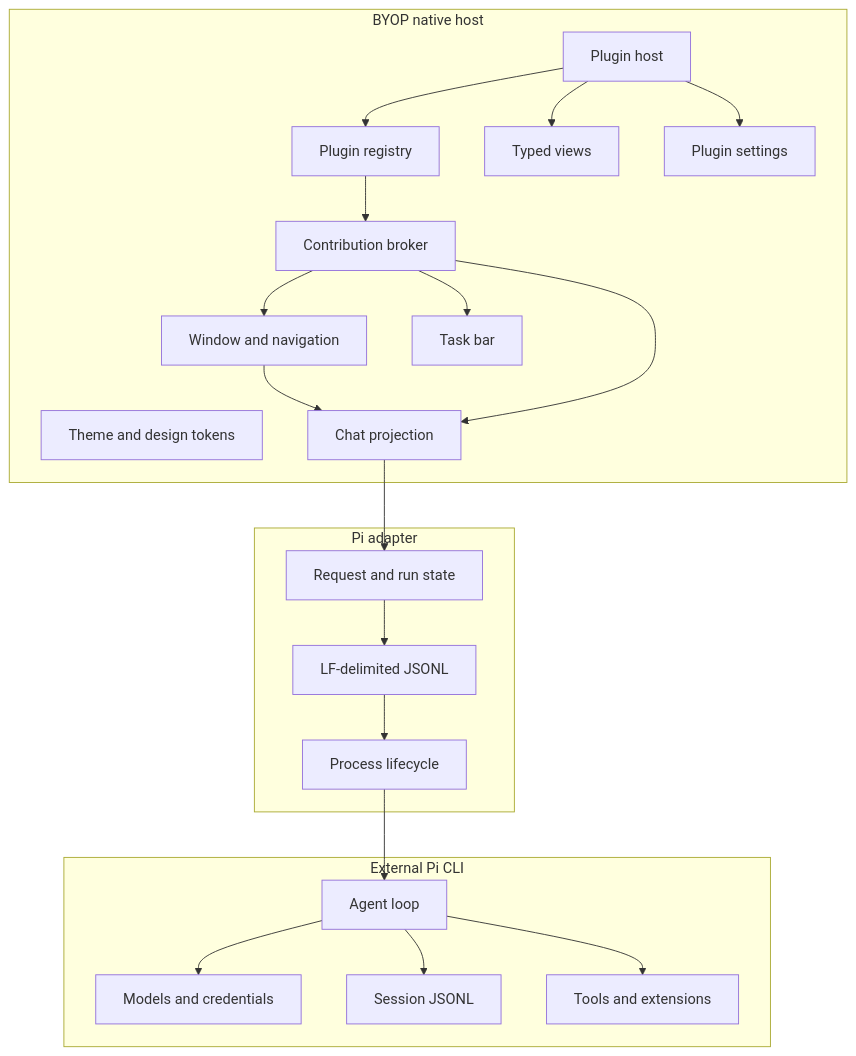
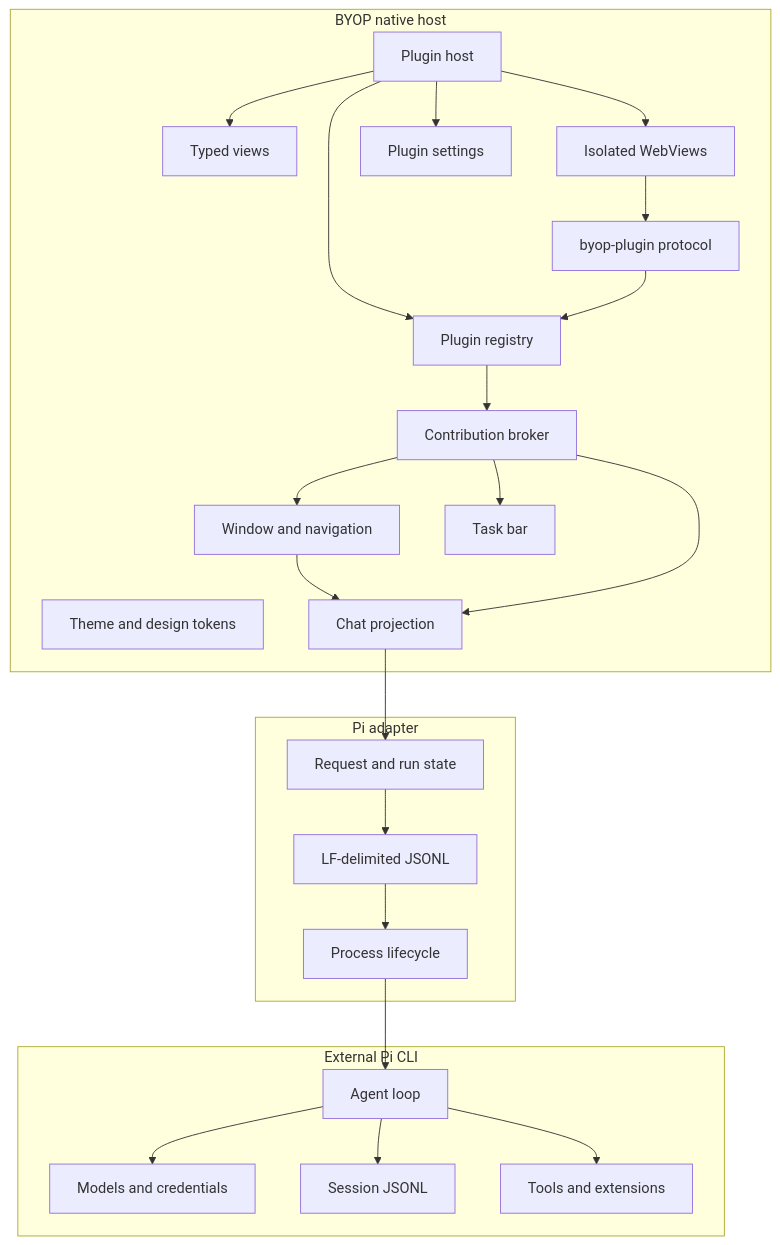
The first of 2 diagrams in docs/architecture.md (lexleizou/byop), drawn with Mermaid before and after one commit. The commit also changed other lines of this file and 27 other files, not shown here.

Commit message:
feat: add isolated webview plugin hosting (P5)

````diff
--- a/docs/architecture.md
+++ b/docs/architecture.md
@@ -11,43 +11,48 @@
 ```mermaid
 flowchart TB
     subgraph Host[BYOP native host]
         Shell[Window and navigation]
         Theme[Theme and design tokens]
         Chat[Chat projection]
         Tasks[Task bar]
         Registry[Plugin registry]
         Broker[Contribution broker]
         PluginHost[Plugin host]
         Views[Typed views]
+        WebViews[Isolated WebViews]
+        Protocol[byop-plugin protocol]
         Settings[Plugin settings]
     end
 
     subgraph Adapter[Pi adapter]
         Process[Process lifecycle]
         JSONL[LF-delimited JSONL]
         State[Request and run state]
     end
 
     subgraph Pi[External Pi CLI]
         Agent[Agent loop]
         Models[Models and credentials]
         Sessions[Session JSONL]
         Tools[Tools and extensions]
     end
 
     Shell --> Chat
     Chat --> State
     State --> JSONL
     JSONL --> Process
     Process --> Agent
     Agent --> Models
     Agent --> Sessions
     Agent --> Tools
     Registry --> Broker
     Broker --> Shell
     Broker --> Chat
     Broker --> Tasks
     PluginHost --> Registry
     PluginHost --> Views
+    PluginHost --> WebViews
+    Protocol --> Registry
+    WebViews --> Protocol
     PluginHost --> Settings
 ```
````
